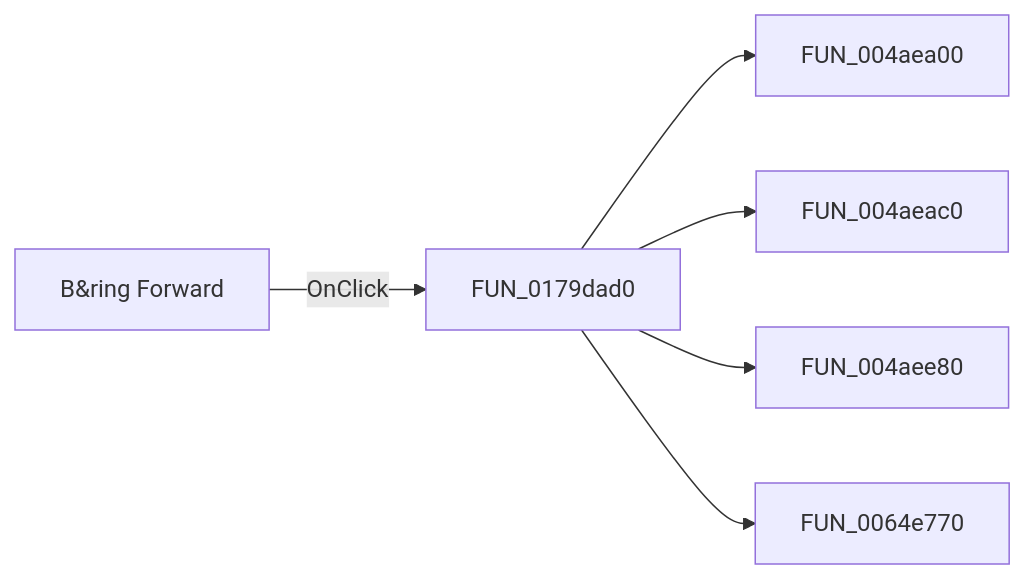
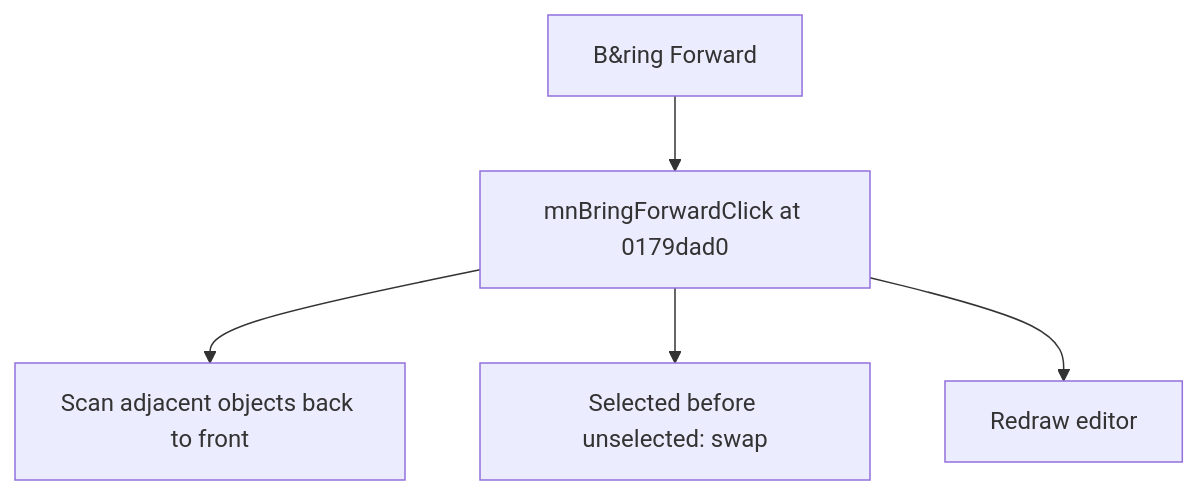
Before and after one commit to MovGP0/TIARA: the diagram in docs/ui-controls/shapeedit/mnbringforward-5c7569c7d1.md, drawn with Mermaid. The commit also changed other lines of this file and 1062 other files, not shown here.

````diff
--- a/docs/ui-controls/shapeedit/mnbringforward-5c7569c7d1.md
+++ b/docs/ui-controls/shapeedit/mnbringforward-5c7569c7d1.md
@@ -27,8 +25,7 @@
 ```mermaid
-flowchart LR
-    control["B&ring Forward"] -->|OnClick| handler["FUN_0179dad0"]
-    handler --> call1["FUN_004aea00"]
-    handler --> call2["FUN_004aeac0"]
-    handler --> call3["FUN_004aee80"]
-    handler --> call4["FUN_0064e770"]
+flowchart TD
+    control["B&ring Forward"] --> handler["mnBringForwardClick at 0179dad0"]
+    handler --> step1["Scan adjacent objects back to front"]
+    handler --> step2["Selected before unselected: swap"]
+    handler --> step3["Redraw editor"]
 ```
````
